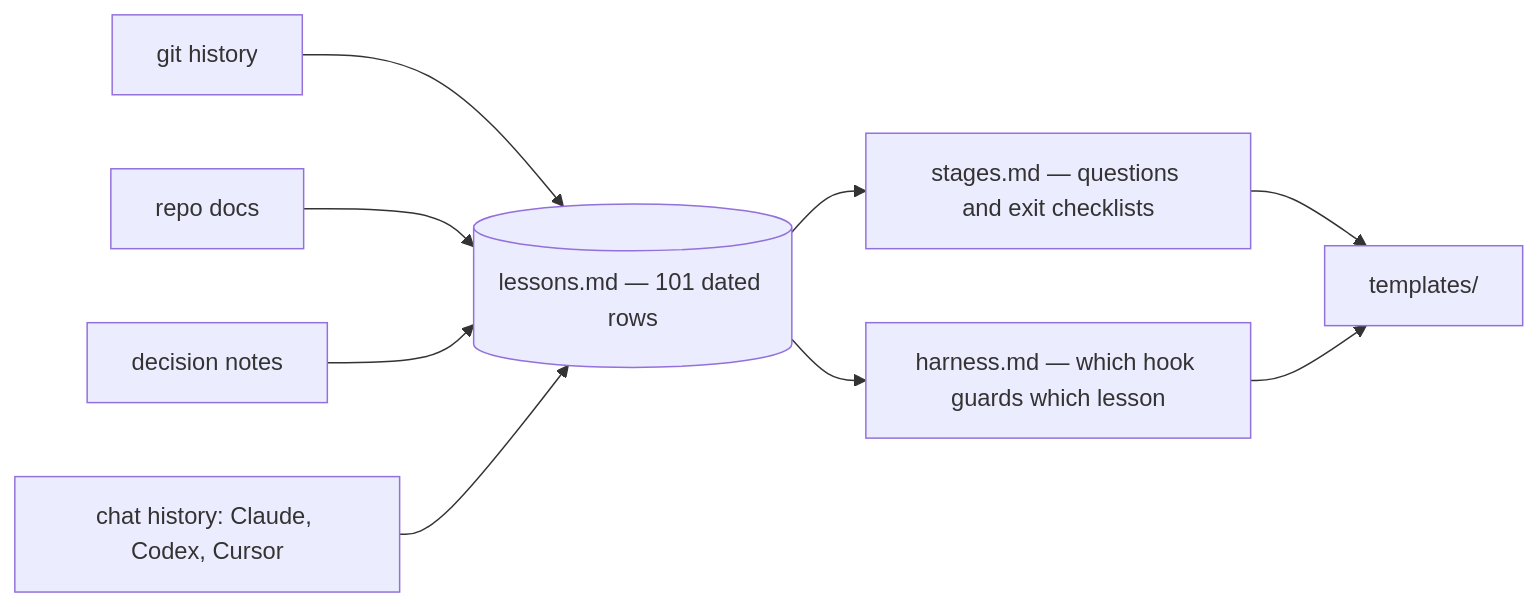
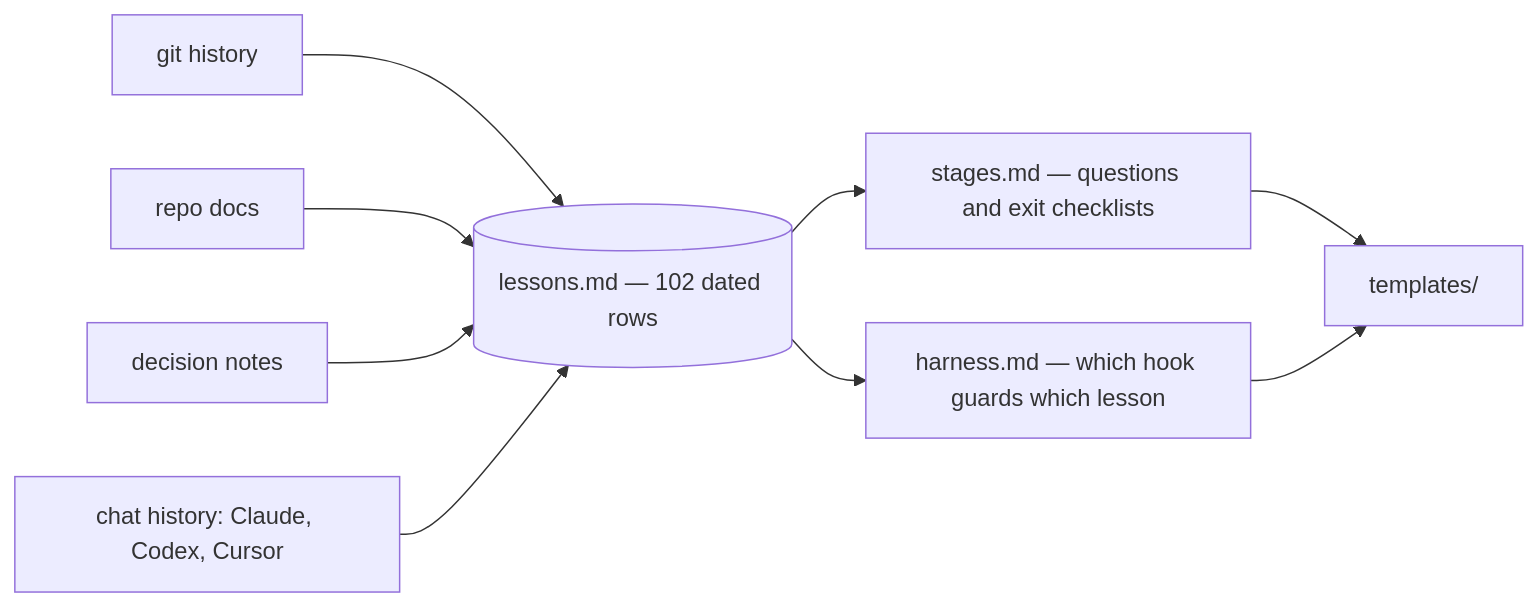
Before and after one commit to EranTzarum/project-kickoff: the second of 2 diagrams in README.md, drawn with Mermaid. The commit also changed other lines of this file and 18 other files, not shown here.

````diff
--- a/README.md
+++ b/README.md
@@ -225,11 +232,11 @@
 ```mermaid
 flowchart LR
     G["git history"] --> L
     D["repo docs"] --> L
     V["decision notes"] --> L
     C["chat history: Claude, Codex, Cursor"] --> L
-    L[("lessons.md — 101 dated rows")] --> S["stages.md — questions and exit checklists"]
+    L[("lessons.md — 102 dated rows")] --> S["stages.md — questions and exit checklists"]
     L --> H["harness.md — which hook guards which lesson"]
     S --> T["templates/"]
     H --> T
 ```
````
